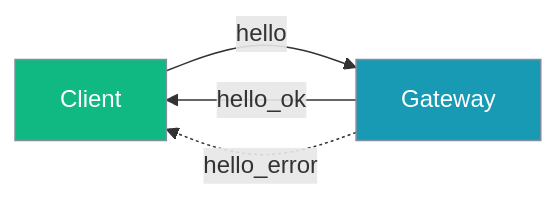
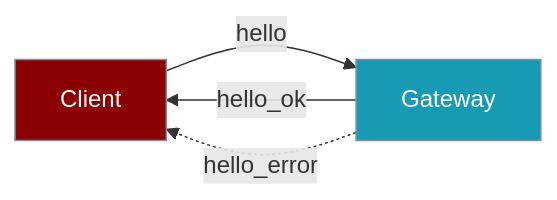
Before and after one commit to MervinPraison/PraisonAIDocs: the first of 2 diagrams in docs/features/gateway-handshake-protocol.mdx, drawn with Mermaid. The commit also changed other lines of this file and 2 other files, not shown here.

````diff
--- a/docs/features/gateway-handshake-protocol.mdx
+++ b/docs/features/gateway-handshake-protocol.mdx
@@ -10,15 +10,14 @@
 ```mermaid
 graph LR
     C[Client] -->|hello| G[Gateway]
     G -->|hello_ok| C
     G -.->|hello_error| C
 
     classDef agent fill:#8B0000,stroke:#7C90A0,color:#fff
     classDef gateway fill:#189AB4,stroke:#7C90A0,color:#fff
     classDef ok fill:#10B981,stroke:#7C90A0,color:#fff
     classDef err fill:#F59E0B,stroke:#7C90A0,color:#fff
 
     class C agent
     class G gateway
-    class C ok
 ```
````
